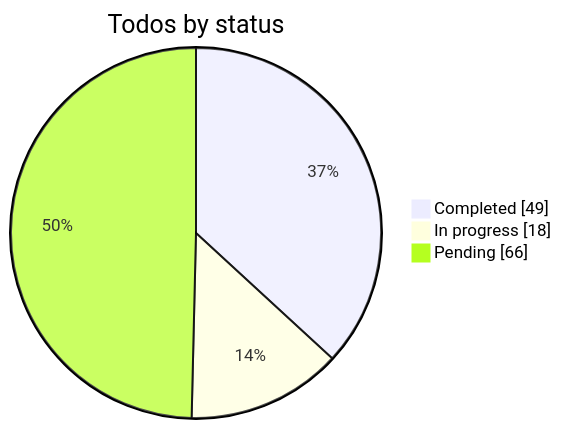
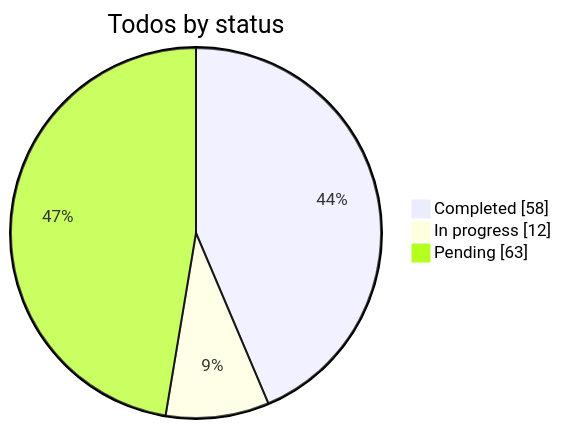
Before and after one commit to KantaPaul/next-cms: the diagram in .cursor/plans/custom_builder_engine_refs.plan.md, drawn with Mermaid. The commit also changed other lines of this file and 1 other file, not shown here.

````diff
--- a/.cursor/plans/custom_builder_engine_refs.plan.md
+++ b/.cursor/plans/custom_builder_engine_refs.plan.md
@@ -427,6 +427,6 @@
 ```mermaid
 pie showData title Todos by status
-  "Completed" : 49
-  "In progress" : 18
-  "Pending" : 66
+  "Completed" : 58
+  "In progress" : 12
+  "Pending" : 63
 ```
````
